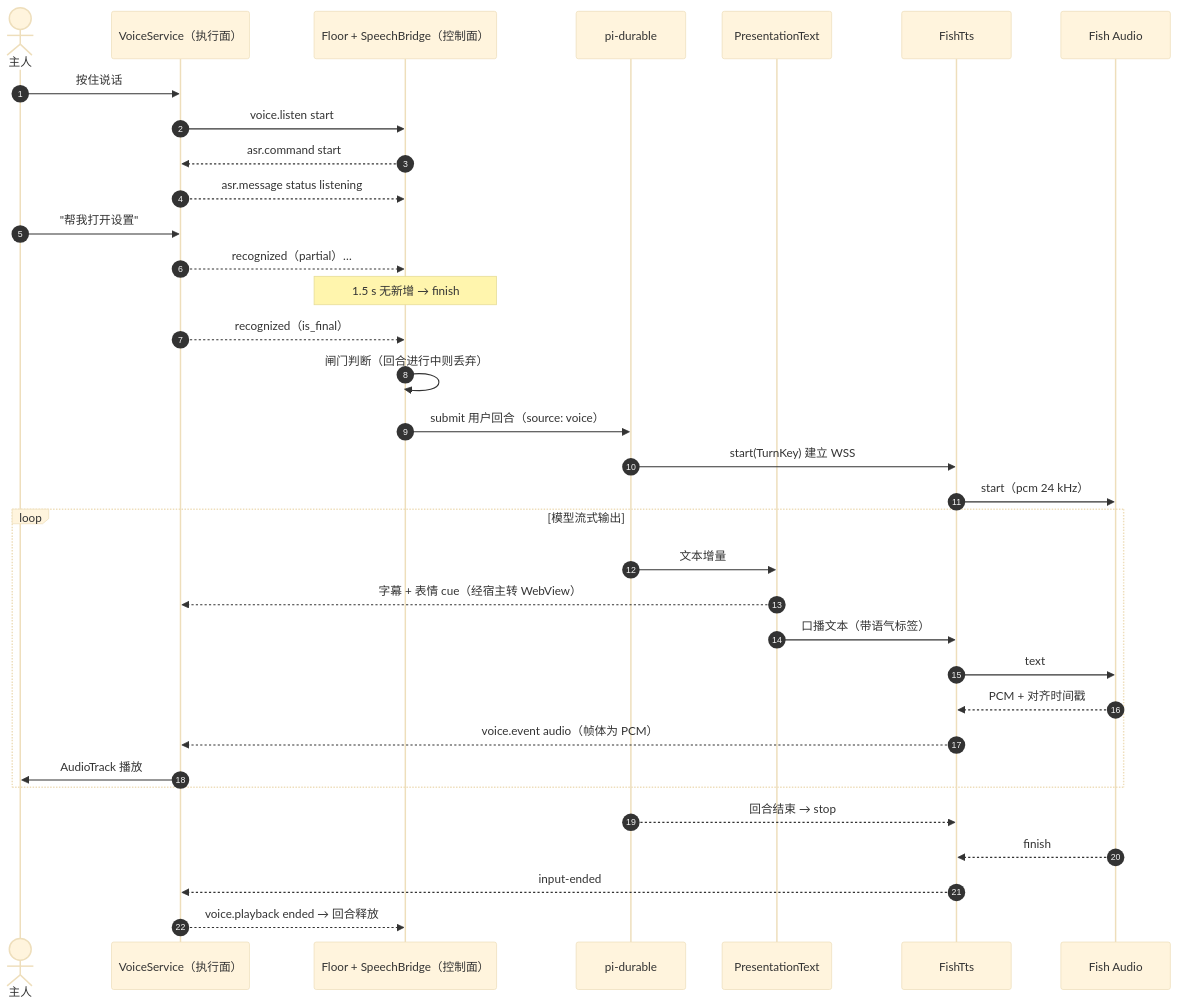
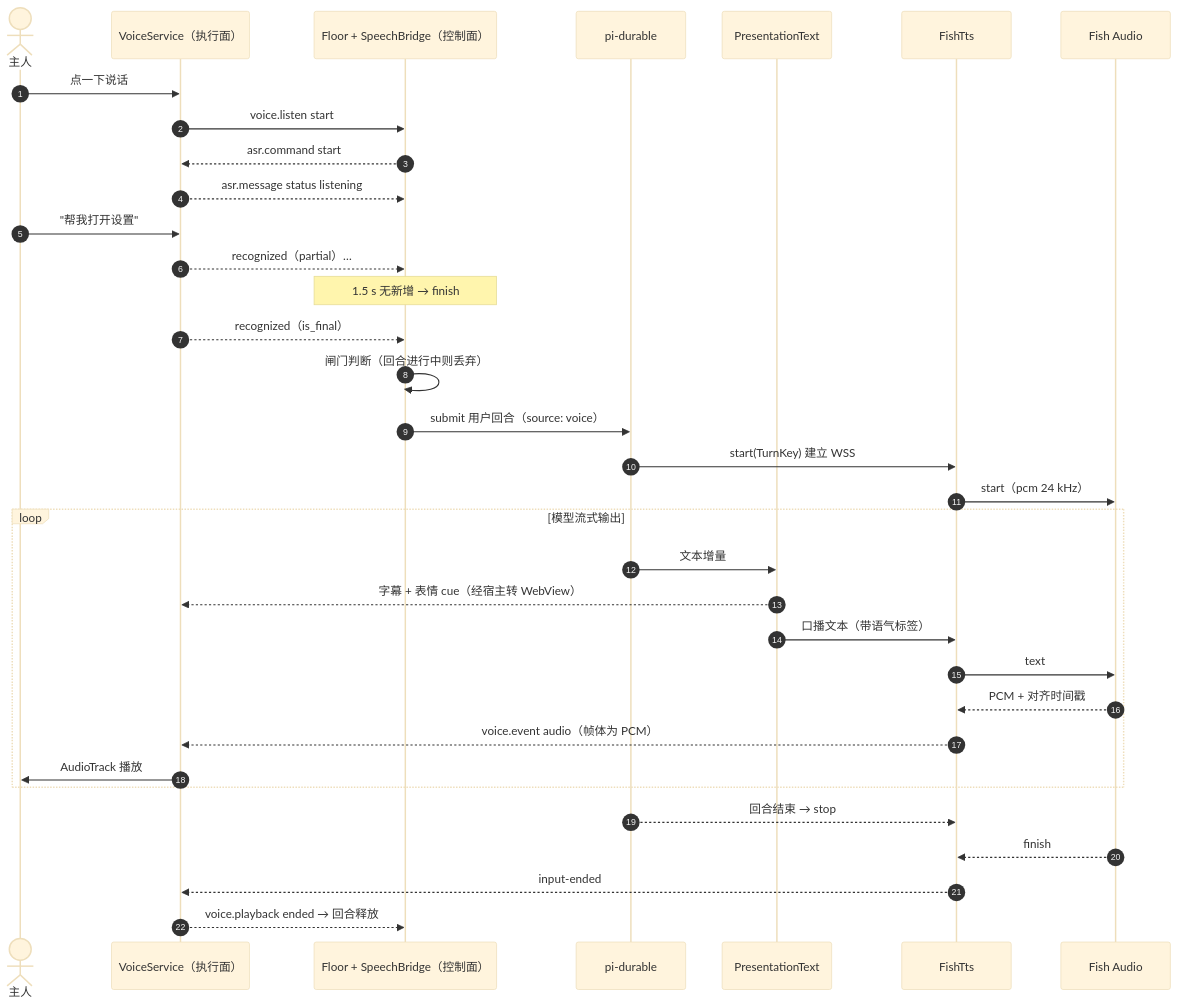
The fourth of 7 diagrams in docs/mobile-apk-plan.md (Code-Amadeus/Amadeus-Next-Mobile), drawn with Mermaid (base theme) before and after one commit. The commit also changed other lines of this file and 34 other files, not shown here.

````diff
--- a/docs/mobile-apk-plan.md
+++ b/docs/mobile-apk-plan.md
@@ -217,37 +217,37 @@
 ```mermaid
 sequenceDiagram
     autonumber
     actor U as 主人
     participant VS as VoiceService（执行面）
     participant FL as Floor + SpeechBridge（控制面）
     participant BR as pi-durable
     participant PT as PresentationText
     participant TTS as FishTts
     participant FISH as Fish Audio
 
-    U->>VS: 按住说话
+    U->>VS: 点一下说话
     VS->>FL: voice.listen start
     FL-->>VS: asr.command start
     VS-->>FL: asr.message status listening
     U->>VS: "帮我打开设置"
     VS-->>FL: recognized（partial）…
     Note over FL: 1.5 s 无新增 → finish
     VS-->>FL: recognized（is_final）
     FL->>FL: 闸门判断（回合进行中则丢弃）
     FL->>BR: submit 用户回合（source: voice）
     BR->>TTS: start(TurnKey) 建立 WSS
     TTS->>FISH: start（pcm 24 kHz）
     loop 模型流式输出
         BR->>PT: 文本增量
         PT-->>VS: 字幕 + 表情 cue（经宿主转 WebView）
         PT->>TTS: 口播文本（带语气标签）
         TTS->>FISH: text
         FISH-->>TTS: PCM + 对齐时间戳
         TTS-->>VS: voice.event audio（帧体为 PCM）
         VS->>U: AudioTrack 播放
     end
     BR-->>TTS: 回合结束 → stop
     FISH-->>TTS: finish
     TTS-->>VS: input-ended
     VS-->>FL: voice.playback ended → 回合释放
 ```
````
